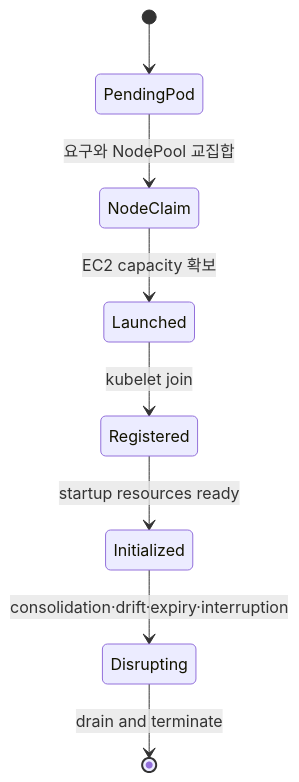
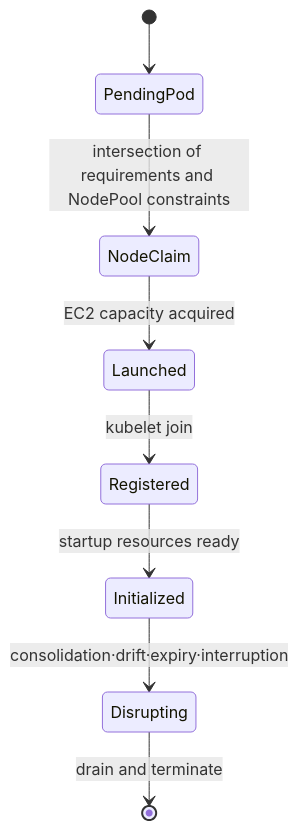
Before and after one commit to nohdol97/nohdol-study: the first of 2 diagrams in docs-site/content/karpenter/01-provisioning-disruption-model.md, drawn with Mermaid. The commit also changed other lines of this file and 116 other files, not shown here.

````diff
--- a/docs-site/content/karpenter/01-provisioning-disruption-model.md
+++ b/docs-site/content/karpenter/01-provisioning-disruption-model.md
@@ -48,10 +48,10 @@
 ```mermaid
 stateDiagram-v2
     [*] --> PendingPod
-    PendingPod --> NodeClaim: 요구와 NodePool 교집합
-    NodeClaim --> Launched: EC2 capacity 확보
+    PendingPod --> NodeClaim: intersection of requirements and NodePool constraints
+    NodeClaim --> Launched: EC2 capacity acquired
     Launched --> Registered: kubelet join
     Registered --> Initialized: startup resources ready
     Initialized --> Disrupting: consolidation·drift·expiry·interruption
     Disrupting --> [*]: drain and terminate
 ```
````
